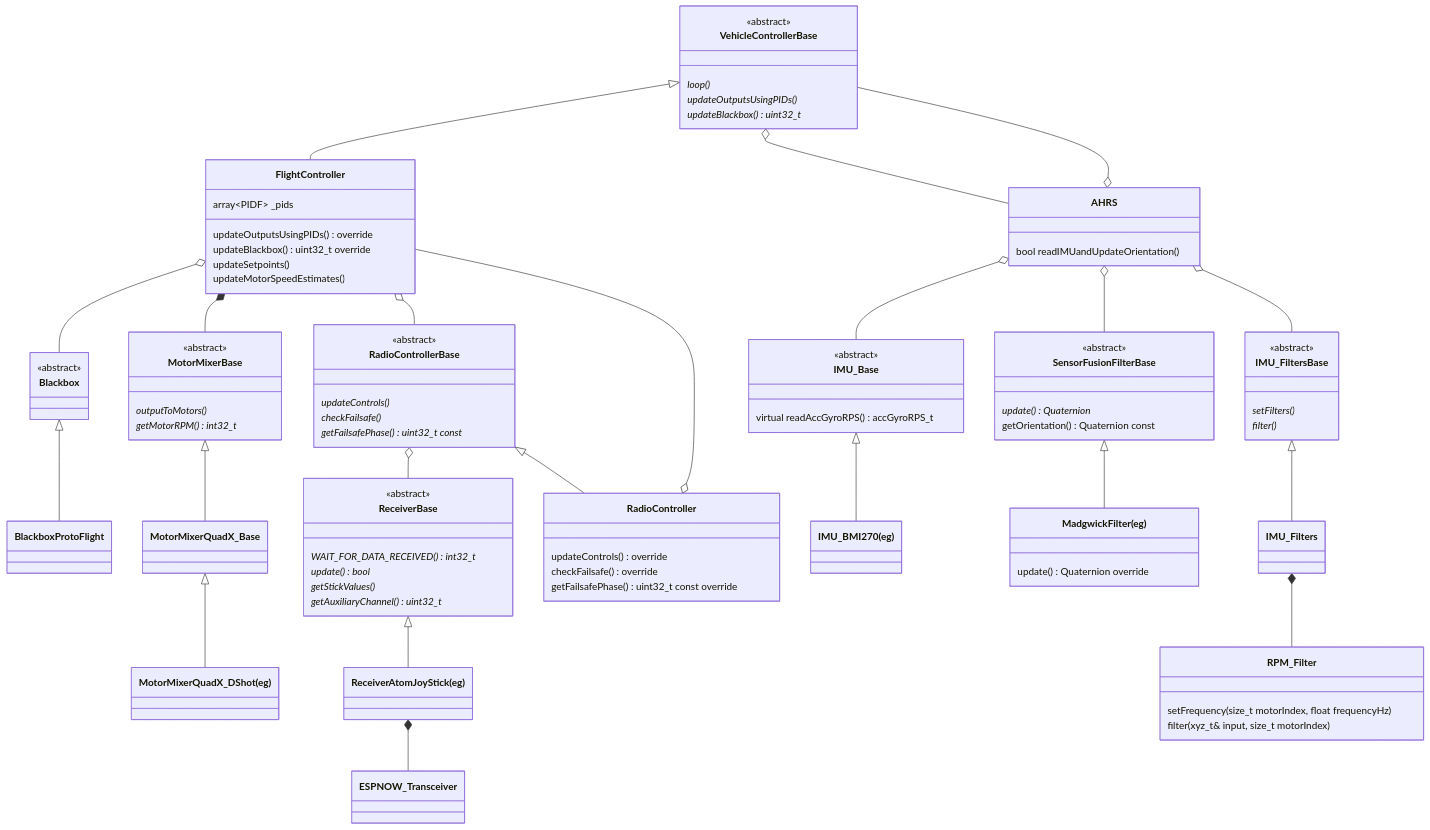
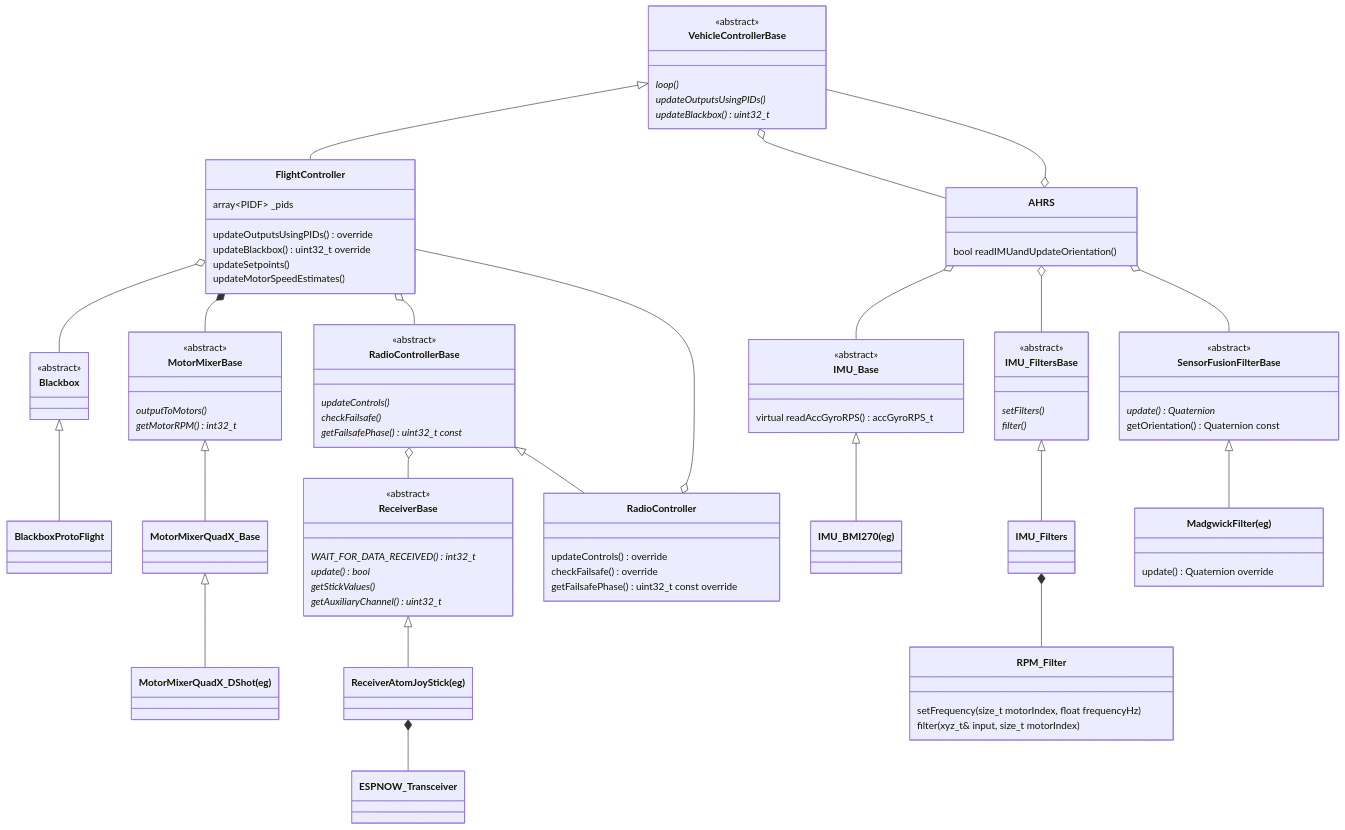
One commit to martinbudden/Protoflight changed the first of 5 diagrams in README.md. Above: the diagram before and after it, drawn with Mermaid. The commit also changed other lines of this file, not shown here.

Commit message:
Updated class diagrams.

```diff
--- a/README.md
+++ b/README.md
@@ -268,8 +268,8 @@
         bool readIMUandUpdateOrientation()
     }
     AHRS o-- IMU_Base
+    AHRS o-- IMU_FiltersBase
     AHRS o-- SensorFusionFilterBase
-    AHRS o-- IMU_FiltersBase
     AHRS o-- VehicleControllerBase
     VehicleControllerBase o-- AHRS
 
```
